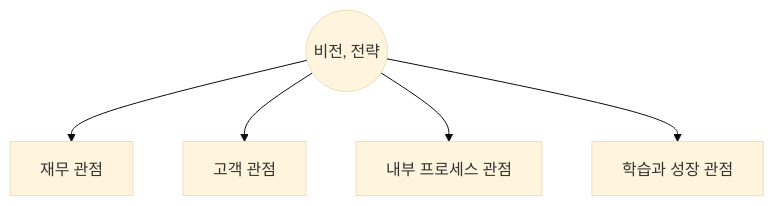
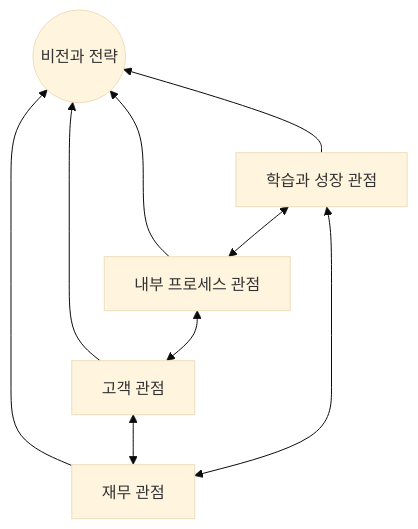
The diagram in blog/pe/mng/bsc.md (gracefullight/gracefullight.github.io), drawn with Mermaid (base theme) before and after one commit.

Commit message:
docs(pe): 📚️ bsc graph

````diff
--- a/blog/pe/mng/bsc.md
+++ b/blog/pe/mng/bsc.md
@@ -22,8 +22,12 @@
 ```mermaid
-graph TB
-  비전((비전, 전략))
-  비전 --> 재무관점[재무 관점]
-  비전 --> 고객관점[고객 관점]
-  비전 --> 내부프로세스관점[내부 프로세스 관점]
-  비전 --> 학습과성장관점[학습과 성장 관점]
+graph BT
+  비전((비전과 전략))
+  재무관점[재무 관점] --> 비전
+  재무관점 <--> 고객관점
+  고객관점[고객 관점] --> 비전
+  고객관점 <--> 내부프로세스관점
+  내부프로세스관점[내부 프로세스 관점] --> 비전
+  내부프로세스관점 <--> 학습과성장관점
+  학습과성장관점[학습과 성장 관점] --> 비전
+  학습과성장관점 <--> 재무관점
 ```
````
